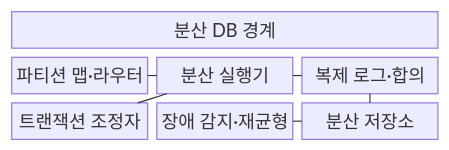
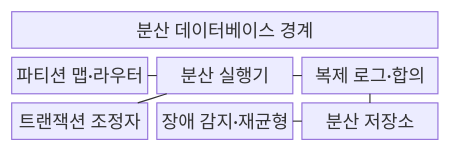
Before and after one commit to agnusdei1207/knowledge-base: the first of 2 diagrams in src/content/docs/notes/03-software/114_distributed_database.md, drawn with Mermaid. The commit also changed other lines of this file and 1 other file, not shown here.

````diff
--- a/src/content/docs/notes/03-software/114_distributed_database.md
+++ b/src/content/docs/notes/03-software/114_distributed_database.md
@@ -61,16 +67,16 @@
 ```mermaid
 block
   columns 3
-  A["분산 DB 경계"]:3
+  A["분산 데이터베이스 경계"]:3
   R["파티션 맵·라우터"]
   E["분산 실행기"]
   L["복제 로그·합의"]
   T["트랜잭션 조정자"]
   B["장애 감지·재균형"]
   S["분산 저장소"]
   R --- E
   E --- L
   E --- T
   L --- S
   B --- S
 ```
````
